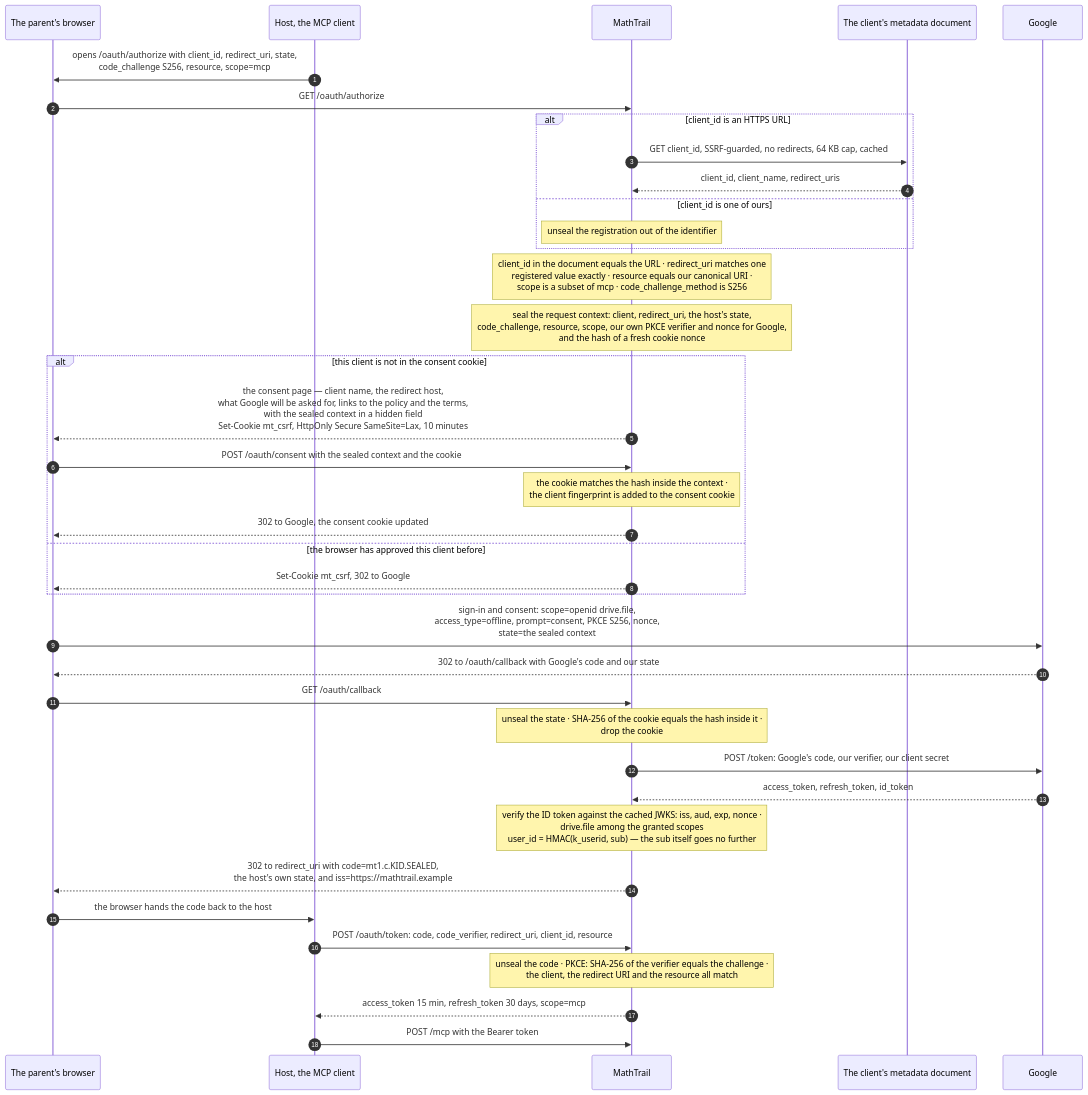
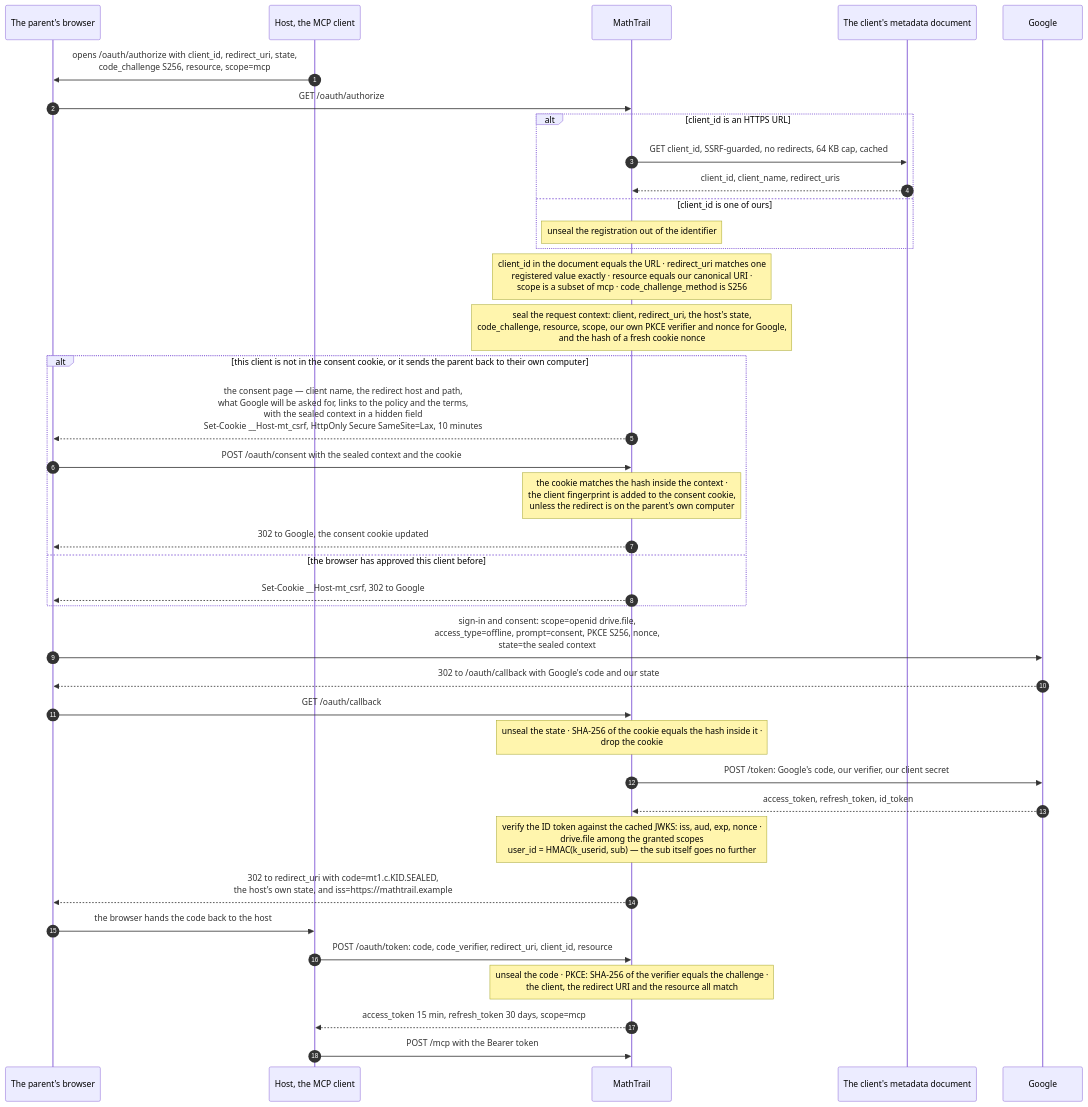
The second of 4 diagrams in docs/architecture/02-auth.md (MathTrail/mathtrail-standalone), drawn with Mermaid before and after one commit. The commit also changed other lines of this file and 81 other files, not shown here.

````diff
--- a/docs/architecture/02-auth.md
+++ b/docs/architecture/02-auth.md
@@ -72,48 +72,48 @@
 ```mermaid
 sequenceDiagram
     autonumber
     participant P as The parent's browser
     participant H as Host, the MCP client
     participant MT as MathTrail
     participant CD as The client's metadata document
     participant G as Google
 
     H->>P: opens /oauth/authorize with client_id, redirect_uri, state,<br/>code_challenge S256, resource, scope=mcp
     P->>MT: GET /oauth/authorize
 
     alt client_id is an HTTPS URL
         MT->>CD: GET client_id, SSRF-guarded, no redirects, 64 KB cap, cached
         CD-->>MT: client_id, client_name, redirect_uris
     else client_id is one of ours
         Note over MT: unseal the registration out of the identifier
     end
 
     Note over MT: client_id in the document equals the URL · redirect_uri matches one<br/>registered value exactly · resource equals our canonical URI ·<br/>scope is a subset of mcp · code_challenge_method is S256
 
     Note over MT: seal the request context: client, redirect_uri, the host's state,<br/>code_challenge, resource, scope, our own PKCE verifier and nonce for Google,<br/>and the hash of a fresh cookie nonce
 
-    alt this client is not in the consent cookie
-        MT-->>P: the consent page — client name, the redirect host,<br/>what Google will be asked for, links to the policy and the terms,<br/>with the sealed context in a hidden field<br/>Set-Cookie mt_csrf, HttpOnly Secure SameSite=Lax, 10 minutes
+    alt this client is not in the consent cookie, or it sends the parent back to their own computer
+        MT-->>P: the consent page — client name, the redirect host and path,<br/>what Google will be asked for, links to the policy and the terms,<br/>with the sealed context in a hidden field<br/>Set-Cookie __Host-mt_csrf, HttpOnly Secure SameSite=Lax, 10 minutes
         P->>MT: POST /oauth/consent with the sealed context and the cookie
-        Note over MT: the cookie matches the hash inside the context ·<br/>the client fingerprint is added to the consent cookie
+        Note over MT: the cookie matches the hash inside the context ·<br/>the client fingerprint is added to the consent cookie,<br/>unless the redirect is on the parent's own computer
         MT-->>P: 302 to Google, the consent cookie updated
     else the browser has approved this client before
-        MT-->>P: Set-Cookie mt_csrf, 302 to Google
+        MT-->>P: Set-Cookie __Host-mt_csrf, 302 to Google
     end
 
     P->>G: sign-in and consent: scope=openid drive.file,<br/>access_type=offline, prompt=consent, PKCE S256, nonce,<br/>state=the sealed context
     G-->>P: 302 to /oauth/callback with Google's code and our state
     P->>MT: GET /oauth/callback
 
     Note over MT: unseal the state · SHA-256 of the cookie equals the hash inside it ·<br/>drop the cookie
     MT->>G: POST /token: Google's code, our verifier, our client secret
     G-->>MT: access_token, refresh_token, id_token
     Note over MT: verify the ID token against the cached JWKS: iss, aud, exp, nonce ·<br/>drive.file among the granted scopes<br/>user_id = HMAC(k_userid, sub) — the sub itself goes no further
     MT-->>P: 302 to redirect_uri with code=mt1.c.KID.SEALED,<br/>the host's own state, and iss=https://mathtrail.example
     P->>H: the browser hands the code back to the host
 
     H->>MT: POST /oauth/token: code, code_verifier, redirect_uri, client_id, resource
     Note over MT: unseal the code · PKCE: SHA-256 of the verifier equals the challenge ·<br/>the client, the redirect URI and the resource all match
     MT-->>H: access_token 15 min, refresh_token 30 days, scope=mcp
     H->>MT: POST /mcp with the Bearer token
 ```
````
